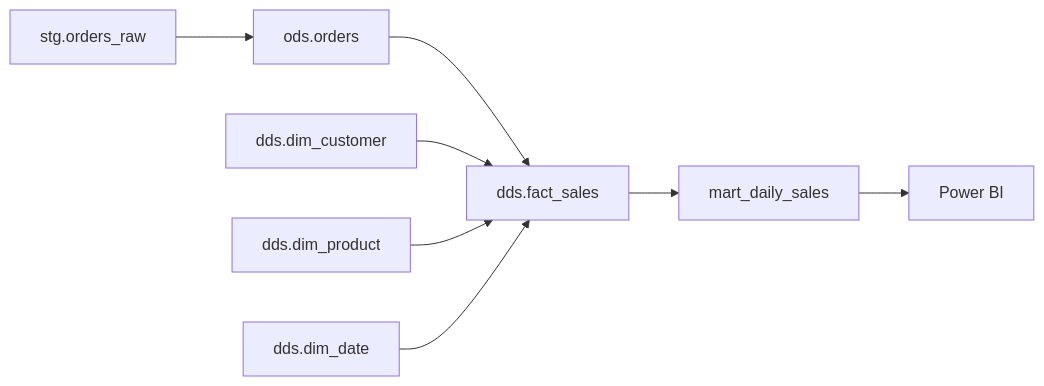
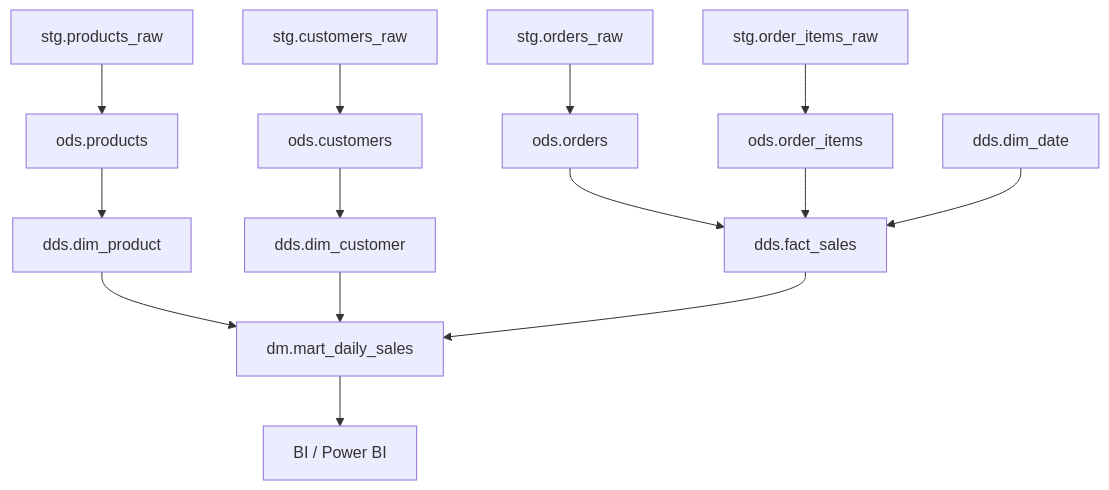
Before and after one commit to dementev-dev/de-roadmap: the fourth of 5 diagrams in dwh-modeling/README.md, drawn with Mermaid.

Commit message:
Фикс диаграммы в практикуме

````diff
--- a/dwh-modeling/README.md
+++ b/dwh-modeling/README.md
@@ -477,10 +477,34 @@
 ```mermaid
-flowchart LR
-    STG[stg.orders_raw] --> ODS[ods.orders]
-    ODS --> DDS[dds.fact_sales]
-    dds.dim_customer --> DDS
-    dds.dim_product --> DDS
-    dds.dim_date --> DDS
-    DDS --> DM[mart_daily_sales]
-    DM --> BI[Power BI]
+flowchart TD
+    %% STG
+    STG_PROD[stg.products_raw]
+    STG_CUST[stg.customers_raw]
+    STG_ORD[stg.orders_raw]
+    STG_ITEMS[stg.order_items_raw]
+
+    %% ODS
+    ODS_PROD[ods.products]
+    ODS_CUST[ods.customers]
+    ODS_ORD[ods.orders]
+    ODS_ITEMS[ods.order_items]
+
+    %% DDS
+    DIM_PROD[dds.dim_product]
+    DIM_CUST[dds.dim_customer]
+    DIM_DATE[dds.dim_date]
+    FACT_SALES[dds.fact_sales]
+
+    %% DM / BI
+    DM_SALES[dm.mart_daily_sales]
+    BI[BI / Power BI]
+
+    %% Потоки данных
+    STG_PROD --> ODS_PROD --> DIM_PROD --> DM_SALES
+    STG_CUST --> ODS_CUST --> DIM_CUST --> DM_SALES
+
+    STG_ORD --> ODS_ORD --> FACT_SALES --> DM_SALES
+    STG_ITEMS --> ODS_ITEMS --> FACT_SALES
+    DIM_DATE --> FACT_SALES
+
+    DM_SALES --> BI
 ```
````
